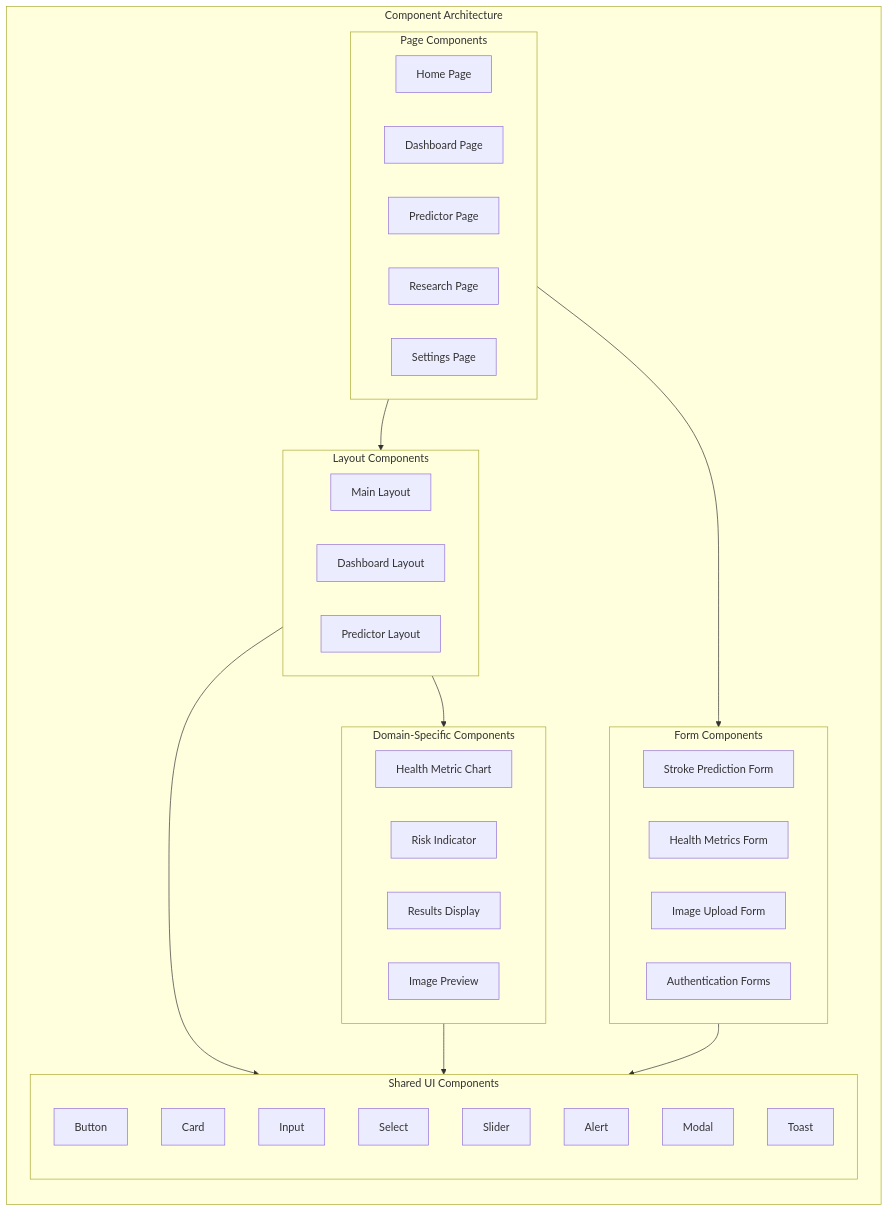
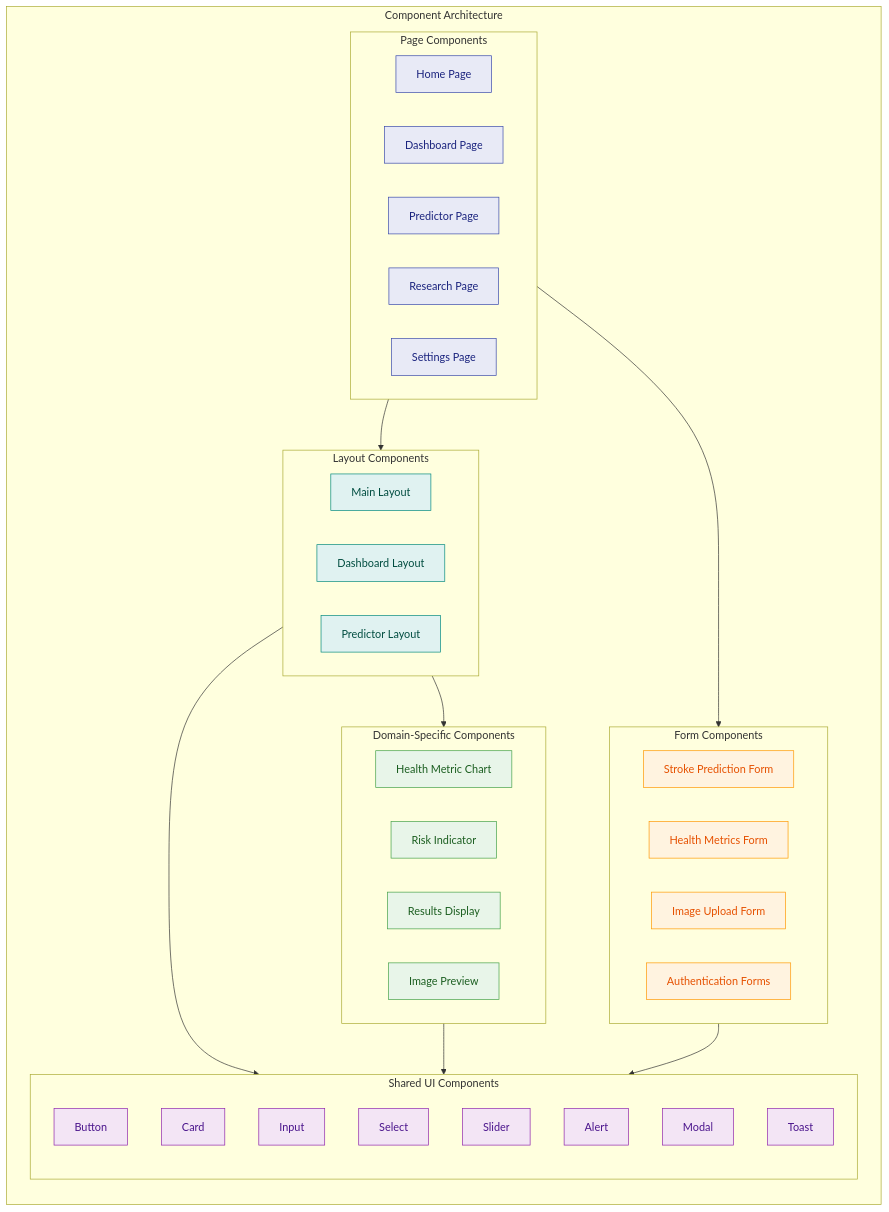
Before and after one commit to AbdullahSaeed1211/temp: the fifth of 14 diagrams in README.md, drawn with Mermaid. The commit also changed other lines of this file, not shown here.

````diff
--- a/README.md
+++ b/README.md
@@ -1242,53 +1251,59 @@
 ```mermaid
 flowchart TD
     subgraph Components["Component Architecture"]
         direction TB
         
         subgraph Pages["Page Components"]
-            HomePage[Home Page]
-            DashboardPage[Dashboard Page]
-            PredictorPage[Predictor Page]
-            ResearchPage[Research Page]
-            SettingsPage[Settings Page]
+            HomePage[Home Page]:::pageNode
+            DashboardPage[Dashboard Page]:::pageNode
+            PredictorPage[Predictor Page]:::pageNode
+            ResearchPage[Research Page]:::pageNode
+            SettingsPage[Settings Page]:::pageNode
         end
         
         subgraph Layouts["Layout Components"]
-            MainLayout[Main Layout]
-            DashboardLayout[Dashboard Layout]
-            PredictorLayout[Predictor Layout]
+            MainLayout[Main Layout]:::layoutNode
+            DashboardLayout[Dashboard Layout]:::layoutNode
+            PredictorLayout[Predictor Layout]:::layoutNode
         end
         
         subgraph SharedUI["Shared UI Components"]
             direction TB
-            Button[Button]
-            Card[Card]
-            Input[Input]
-            Select[Select]
-            Slider[Slider]
-            Alert[Alert]
-            Modal[Modal]
-            Toast[Toast]
+            Button[Button]:::uiNode
+            Card[Card]:::uiNode
+            Input[Input]:::uiNode
+            Select[Select]:::uiNode
+            Slider[Slider]:::uiNode
+            Alert[Alert]:::uiNode
+            Modal[Modal]:::uiNode
+            Toast[Toast]:::uiNode
         end
         
         subgraph Forms["Form Components"]
-            StrokeForm[Stroke Prediction Form]
-            HealthMetricsForm[Health Metrics Form]
-            UploadForm[Image Upload Form]
-            AuthForms[Authentication Forms]
+            StrokeForm[Stroke Prediction Form]:::formNode
+            HealthMetricsForm[Health Metrics Form]:::formNode
+            UploadForm[Image Upload Form]:::formNode
+            AuthForms[Authentication Forms]:::formNode
         end
         
         subgraph Domain["Domain-Specific Components"]
-            HealthMetricChart[Health Metric Chart]
-            RiskIndicator[Risk Indicator]
-            ResultsDisplay[Results Display]
-            ImagePreview[Image Preview]
+            HealthMetricChart[Health Metric Chart]:::domainNode
+            RiskIndicator[Risk Indicator]:::domainNode
+            ResultsDisplay[Results Display]:::domainNode
+            ImagePreview[Image Preview]:::domainNode
         end
     end
     
     Pages --> Layouts
     Layouts --> SharedUI
     Layouts --> Domain
     Pages --> Forms
     Forms --> SharedUI
     Domain --> SharedUI
+    
+    classDef pageNode fill:#E8EAF6,stroke:#3949AB,color:#1A237E
+    classDef layoutNode fill:#E0F2F1,stroke:#00897B,color:#004D40
+    classDef uiNode fill:#F3E5F5,stroke:#8E24AA,color:#4A148C
+    classDef formNode fill:#FFF3E0,stroke:#FF9800,color:#E65100
+    classDef domainNode fill:#E8F5E9,stroke:#43A047,color:#1B5E20
 ```
````
